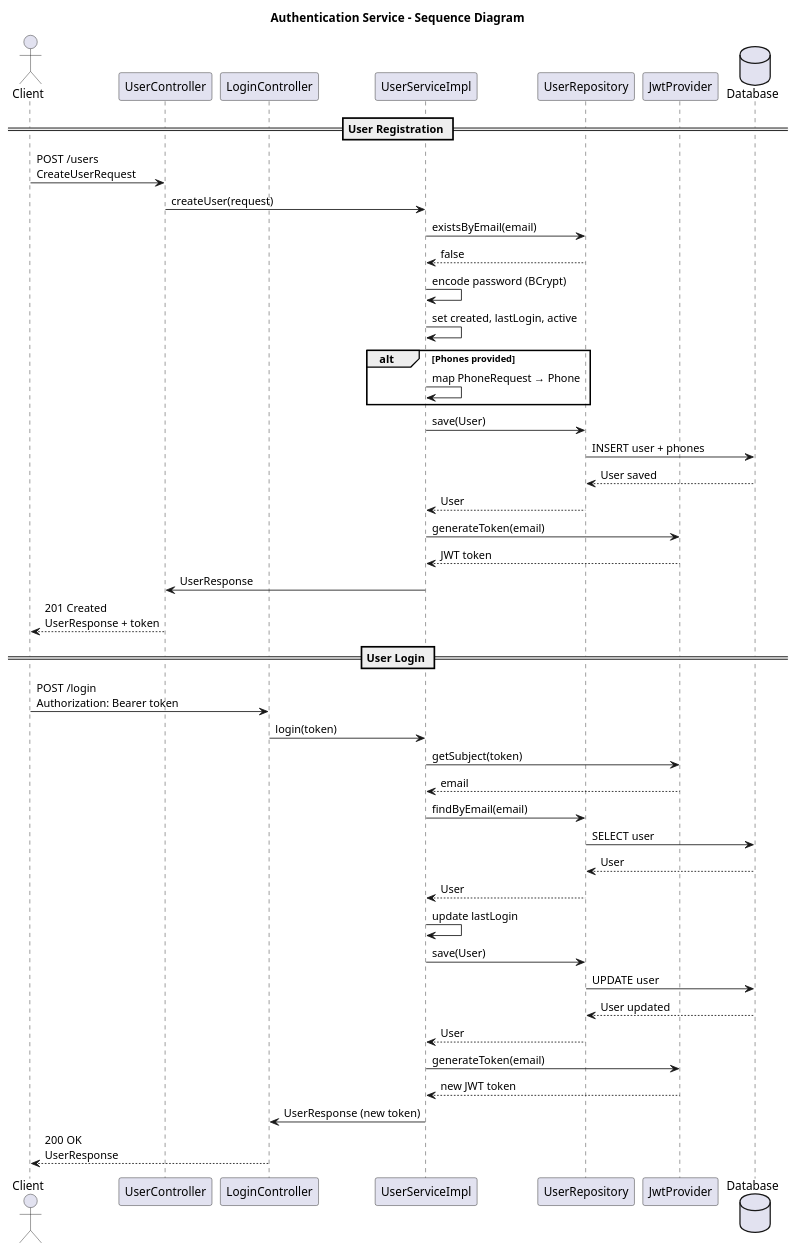
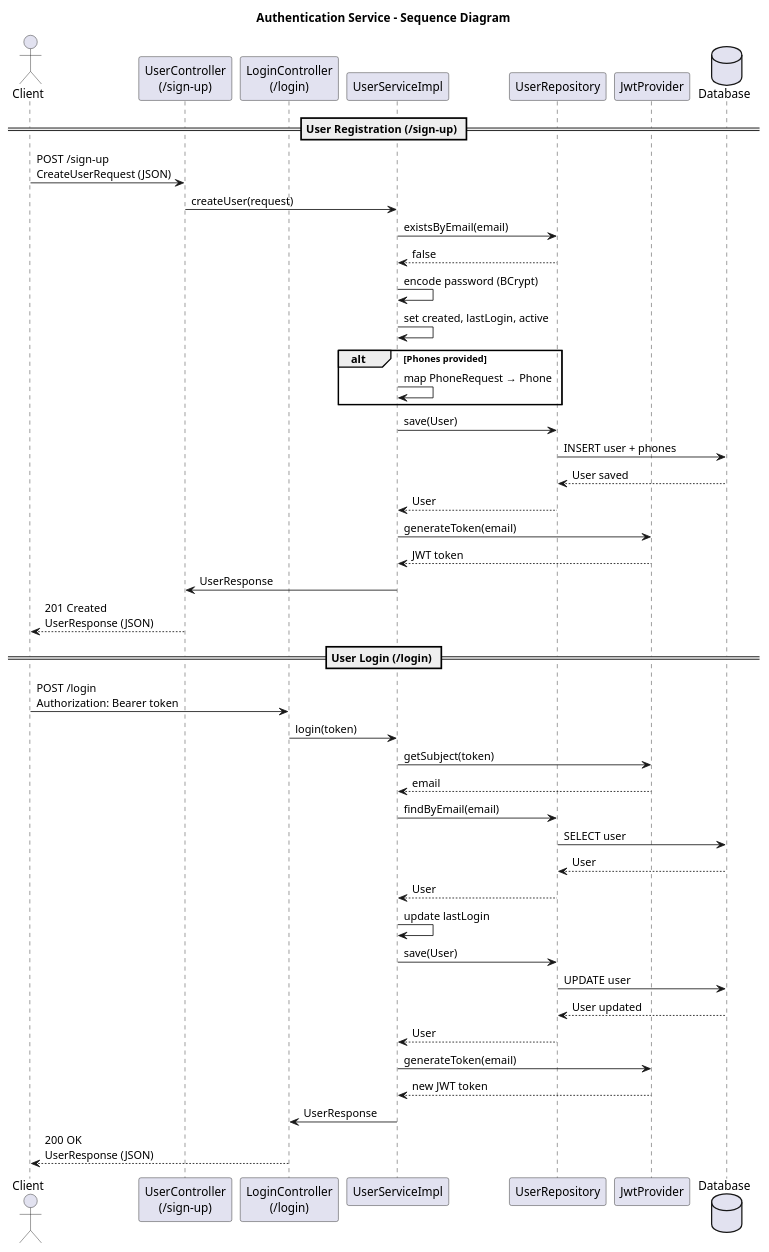
One commit to daniol1618/authentication changed the diagram in src/main/resources/diagrams/authentication-sequence.puml. Above: the diagram before and after it, drawn with PlantUML. The commit also changed 1 other file, not shown here.

Commit message:
docs: diagrams modified to display signup controller

```diff
--- a/src/main/resources/diagrams/authentication-sequence.puml
+++ b/src/main/resources/diagrams/authentication-sequence.puml
@@ -1,63 +1,63 @@
 @startuml
 title Authentication Service - Sequence Diagram
 
 actor Client
-participant "UserController" as UC
-participant "LoginController" as LC
+participant "UserController\n(/sign-up)" as UC
+participant "LoginController\n(/login)" as LC
 participant "UserServiceImpl" as US
 participant "UserRepository" as UR
 participant "JwtProvider" as JWT
 database "Database" as DB
 
-== User Registration ==
+== User Registration (/sign-up) ==
 
-Client -> UC : POST /users\nCreateUserRequest
+Client -> UC : POST /sign-up\nCreateUserRequest (JSON)
 UC -> US : createUser(request)
 
 US -> UR : existsByEmail(email)
 UR --> US : false
 
 US -> US : encode password (BCrypt)
 US -> US : set created, lastLogin, active
 
 alt Phones provided
     US -> US : map PhoneRequest → Phone
 end
 
 US -> UR : save(User)
 UR -> DB : INSERT user + phones
 DB --> UR : User saved
 UR --> US : User
 
 US -> JWT : generateToken(email)
 JWT --> US : JWT token
 
 US -> UC : UserResponse
-UC --> Client : 201 Created\nUserResponse + token
+UC --> Client : 201 Created\nUserResponse (JSON)
 
-== User Login ==
+== User Login (/login) ==
 
 Client -> LC : POST /login\nAuthorization: Bearer token
 LC -> US : login(token)
 
 US -> JWT : getSubject(token)
 JWT --> US : email
 
 US -> UR : findByEmail(email)
 UR -> DB : SELECT user
 DB --> UR : User
 UR --> US : User
 
 US -> US : update lastLogin
 US -> UR : save(User)
 UR -> DB : UPDATE user
 DB --> UR : User updated
 UR --> US : User
 
 US -> JWT : generateToken(email)
 JWT --> US : new JWT token
 
-US -> LC : UserResponse (new token)
-LC --> Client : 200 OK\nUserResponse
+US -> LC : UserResponse
+LC --> Client : 200 OK\nUserResponse (JSON)
 
 @enduml
```
